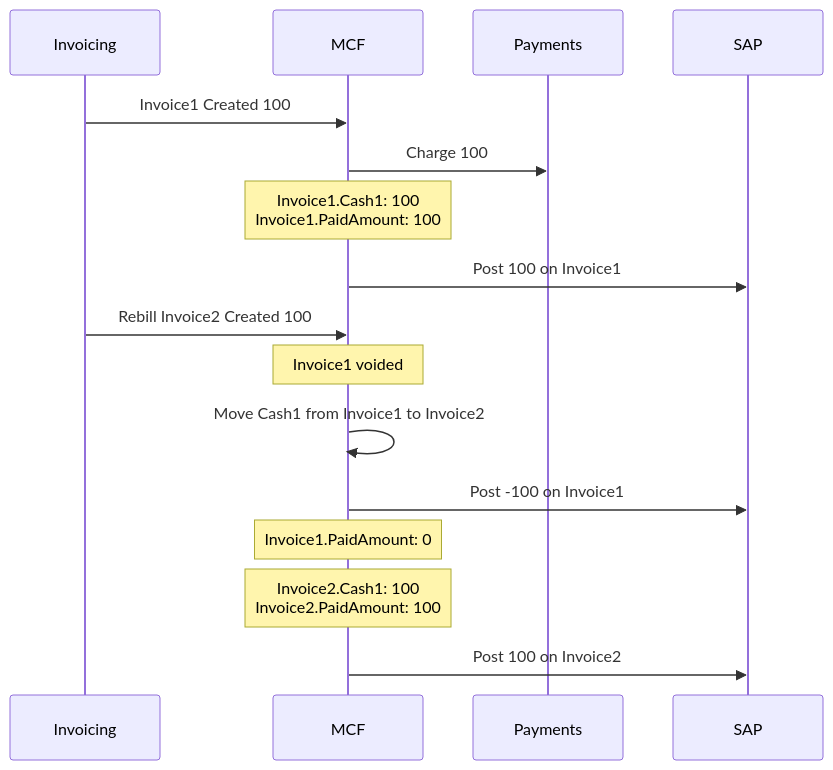
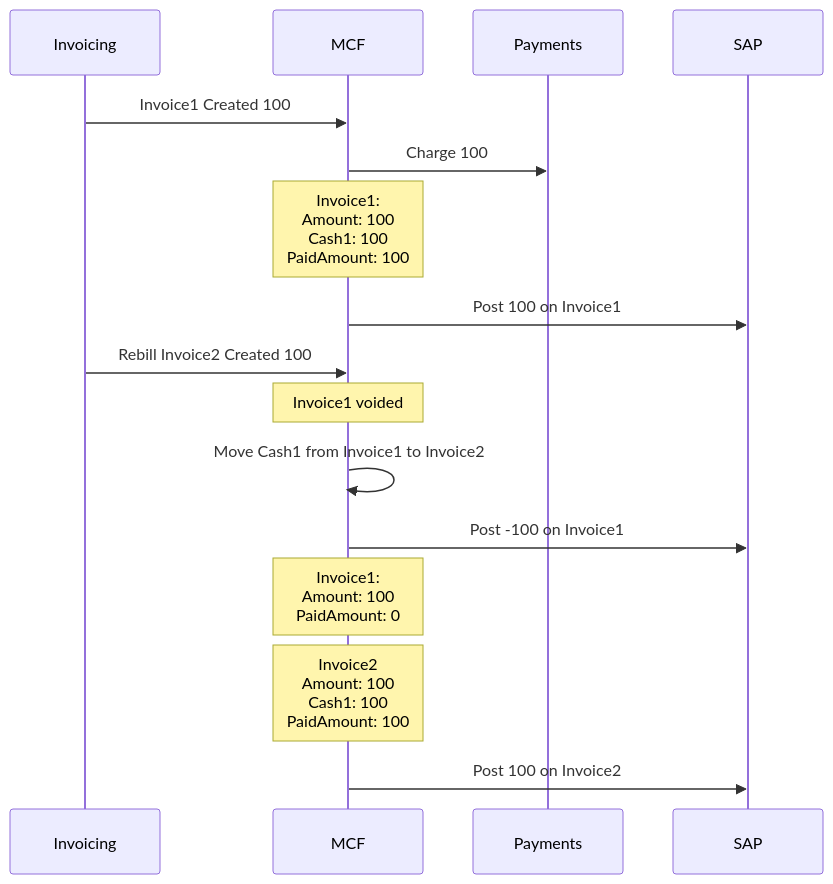
The fifth of 13 diagrams in MCF-SAP Scenarios.md (vikramsinha/test1), drawn with Mermaid before and after one commit. The commit also changed other lines of this file, not shown here.

Commit message:
Update MCF-SAP Scenarios.md

````diff
--- a/MCF-SAP Scenarios.md
+++ b/MCF-SAP Scenarios.md
@@ -54,20 +74,20 @@
 ```mermaid
 %%{init: {'theme': 'default'} }%%
 sequenceDiagram
     participant Invoicing
     participant MCF
     participant Payments
     participant SAP
     Invoicing->>MCF: Invoice1 Created 100
     MCF->>Payments: Charge 100
-    Note over MCF: Invoice1.Cash1: 100<br/>Invoice1.PaidAmount: 100
+    Note over MCF: Invoice1:<br/>Amount: 100<br/>Cash1: 100<br/>PaidAmount: 100
     MCF->>SAP: Post 100 on Invoice1
     Invoicing->>MCF: Rebill Invoice2 Created 100
     Note over MCF: Invoice1 voided
     MCF->>MCF: Move Cash1 from Invoice1 to Invoice2
     MCF->>SAP: Post -100 on Invoice1
-    Note over MCF: Invoice1.PaidAmount: 0
-    Note over MCF: Invoice2.Cash1: 100<br/>Invoice2.PaidAmount: 100
+    Note over MCF: Invoice1:<br/>Amount: 100<br/>PaidAmount: 0
+    Note over MCF: Invoice2<br/>Amount: 100<br/>Cash1: 100<br/>PaidAmount: 100
     MCF->>SAP: Post 100 on Invoice2
 
 ```
````
